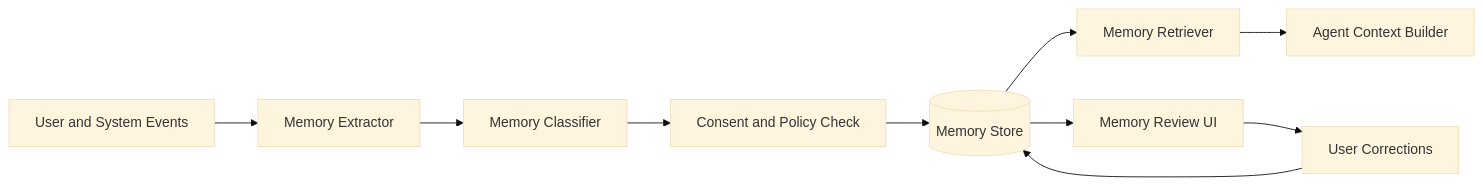
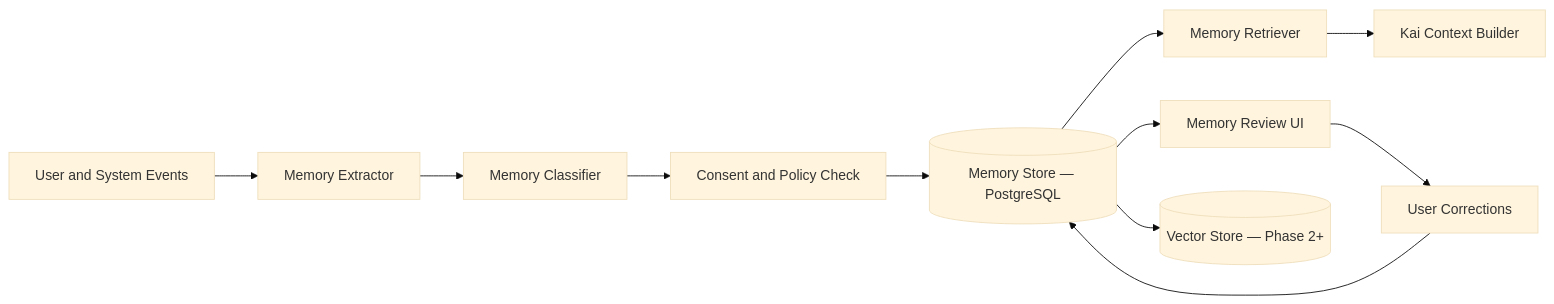
One commit to Mirzzie/Fadi changed the diagram in docs/MEMORY_SYSTEM_ARCHITECTURE.md. Above: the diagram before and after it, drawn with Mermaid (base theme). The commit also changed other lines of this file and 65 other files, not shown here.

First line of the commit message:
docs: update architecture docs for Better Auth, Kai, and data sources

````diff
--- a/docs/MEMORY_SYSTEM_ARCHITECTURE.md
+++ b/docs/MEMORY_SYSTEM_ARCHITECTURE.md
@@ -19,12 +19,13 @@
 ```mermaid
 flowchart LR
     Events[User and System Events] --> Extractor[Memory Extractor]
     Extractor --> Classifier[Memory Classifier]
     Classifier --> Consent[Consent and Policy Check]
-    Consent --> Store[(Memory Store)]
+    Consent --> Store[(Memory Store — PostgreSQL)]
     Store --> Retriever[Memory Retriever]
-    Retriever --> Context[Agent Context Builder]
+    Retriever --> Context[Kai Context Builder]
     Store --> UserUI[Memory Review UI]
     UserUI --> Corrections[User Corrections]
     Corrections --> Store
+    Store --> Vector[(Vector Store — Phase 2+)]
 ```
````
